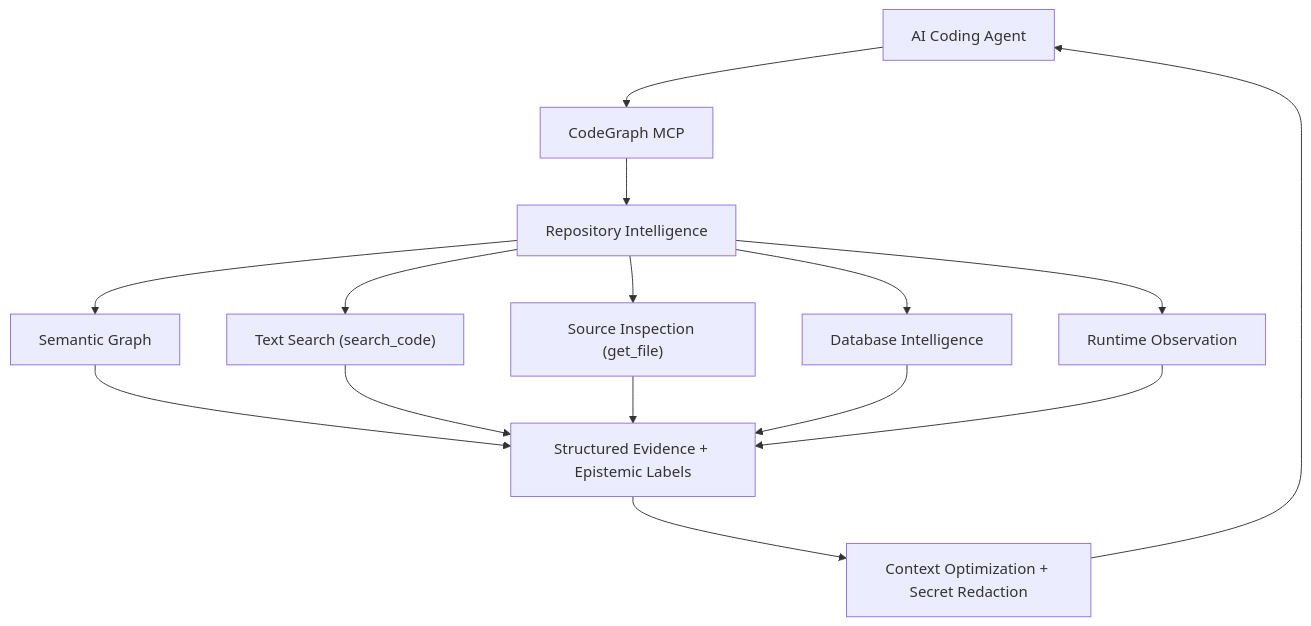
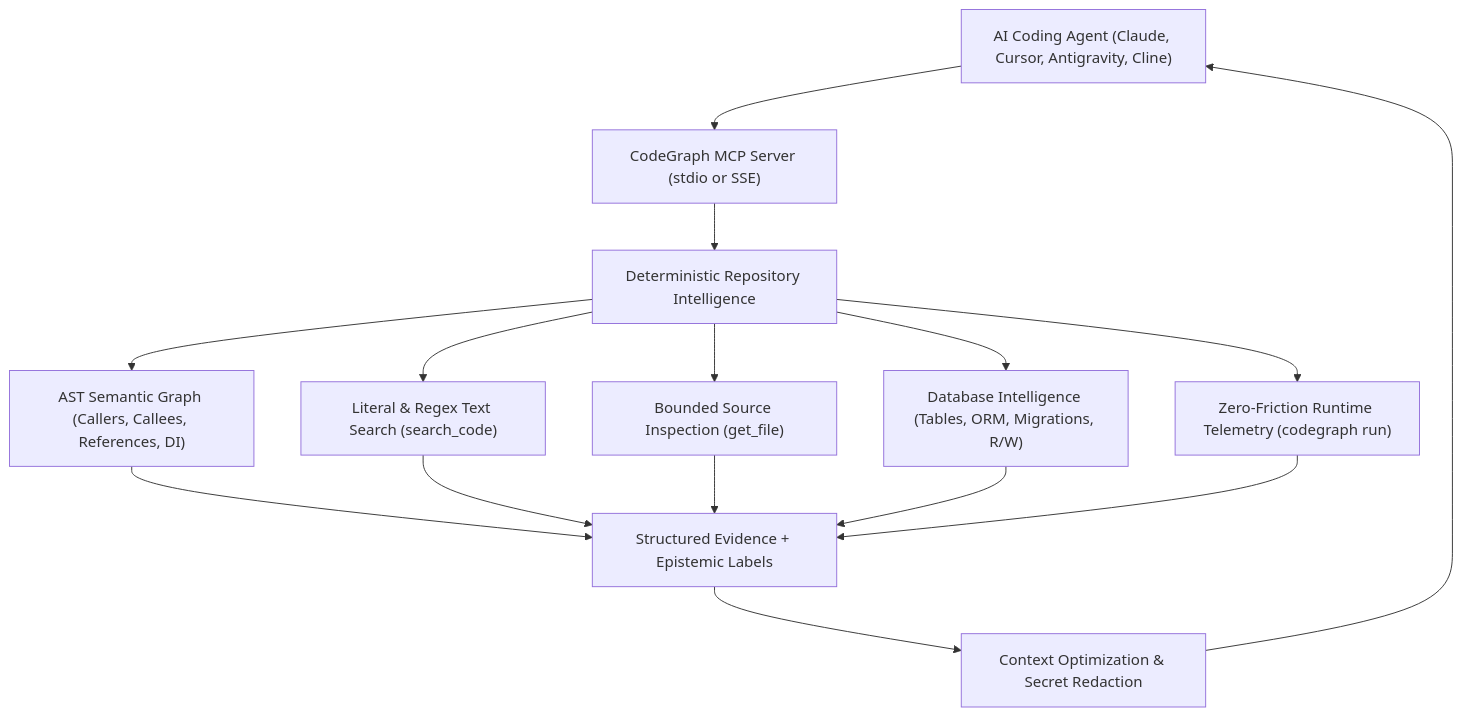
Before and after one commit to raghurammrsd/CODE_GRAPH_MCP: the diagram in README.md, drawn with Mermaid. The commit also changed other lines of this file and 3 other files, not shown here.

Commit message:
docs: modernize README.md for v2.2.0 with architecture pipeline SVG, real-world outputs, and updated benchmark graphs

````diff
--- a/README.md
+++ b/README.md
@@ -147,20 +115,20 @@
 ```mermaid
 flowchart TD
-    A["AI Coding Agent"] --> B["CodeGraph MCP"]
-    B --> C["Repository Intelligence"]
+    A["AI Coding Agent (Claude, Cursor, Antigravity, Cline)"] --> B["CodeGraph MCP Server (stdio or SSE)"]
+    B --> C["Deterministic Repository Intelligence"]
 
-    C --> D["Semantic Graph"]
-    C --> E["Text Search (search_code)"]
-    C --> F["Source Inspection (get_file)"]
-    C --> G["Database Intelligence"]
-    C --> H["Runtime Observation"]
+    C --> D["AST Semantic Graph (Callers, Callees, References, DI)"]
+    C --> E["Literal & Regex Text Search (search_code)"]
+    C --> F["Bounded Source Inspection (get_file)"]
+    C --> G["Database Intelligence (Tables, ORM, Migrations, R/W)"]
+    C --> H["Zero-Friction Runtime Telemetry (codegraph run)"]
 
     D --> I["Structured Evidence + Epistemic Labels"]
     E --> I
     F --> I
     G --> I
     H --> I
 
-    I --> J["Context Optimization + Secret Redaction"]
+    I --> J["Context Optimization & Secret Redaction"]
     J --> A
 ```
````
